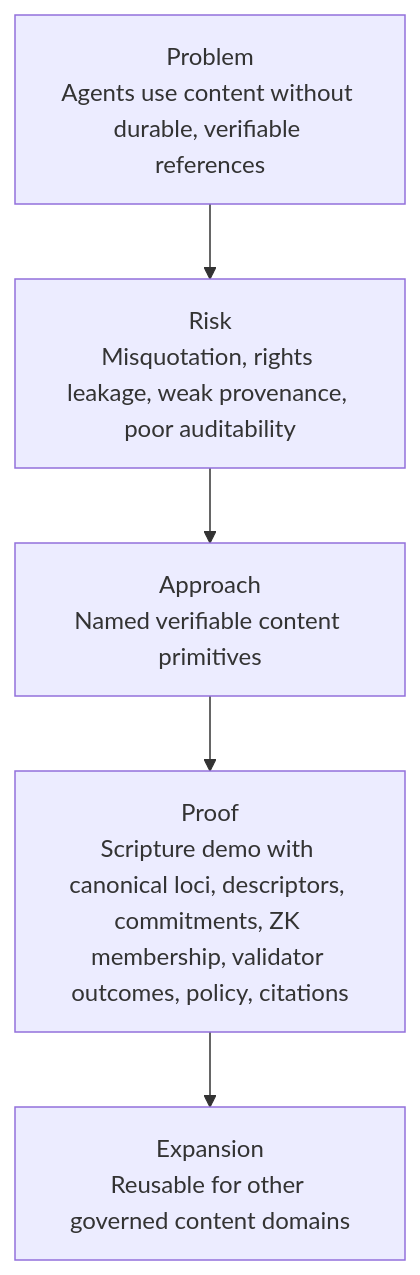
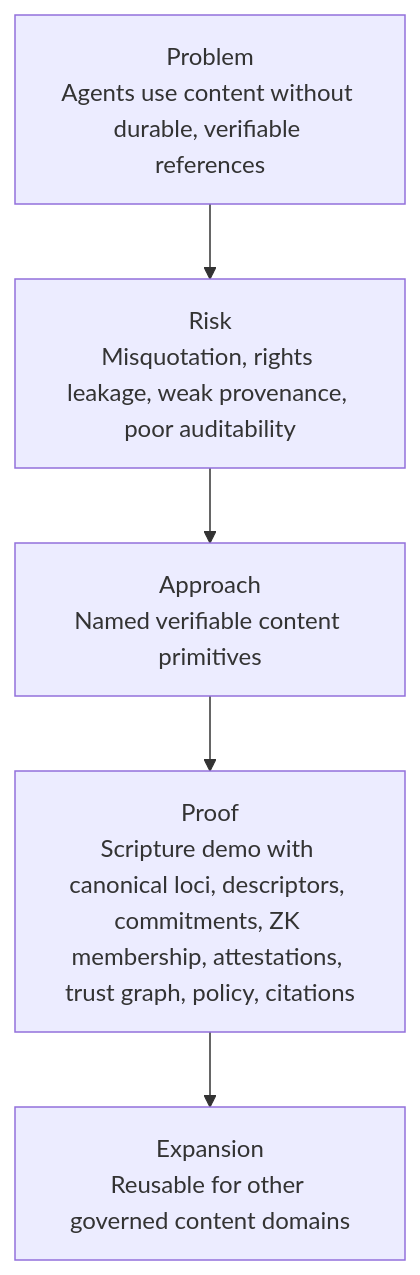
The third of 3 diagrams in documents/branding-approach.md (rpedersen3/verifiable-content-demo), drawn with Mermaid before and after one commit. The commit also changed other lines of this file and 13 other files, not shown here.

````diff
--- a/documents/branding-approach.md
+++ b/documents/branding-approach.md
@@ -178,10 +183,10 @@
 ```mermaid
 flowchart TD
   Problem["Problem\nAgents use content without durable, verifiable references"]
   Risk["Risk\nMisquotation, rights leakage, weak provenance, poor auditability"]
   Approach["Approach\nNamed verifiable content primitives"]
-  Proof["Proof\nScripture demo with canonical loci, descriptors, commitments, ZK membership, validator outcomes, policy, citations"]
+  Proof["Proof\nScripture demo with canonical loci, descriptors, commitments, ZK membership, attestations, trust graph, policy, citations"]
   Expansion["Expansion\nReusable for other governed content domains"]
 
   Problem --> Risk --> Approach --> Proof --> Expansion
 ```
````
